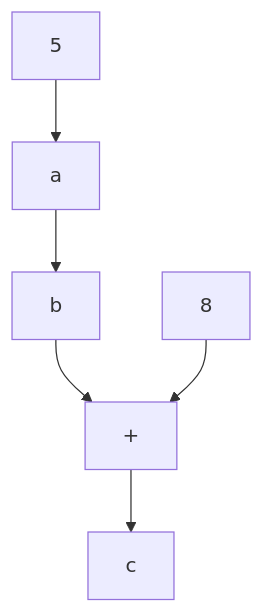
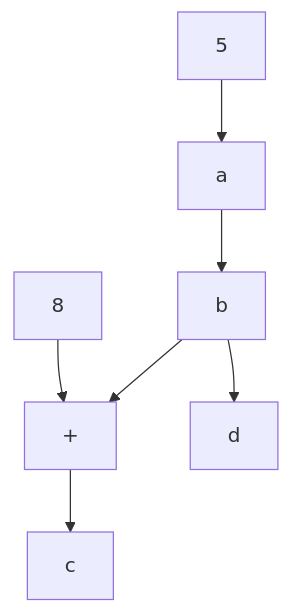
The diagram in app/src/test/resources/base/truth.md (gstiebler/codeflow), drawn with Mermaid before and after one commit. The commit also changed 4 other files, not shown here.

````diff
--- a/app/src/test/resources/base/truth.md
+++ b/app/src/test/resources/base/truth.md
@@ -1,8 +1,9 @@
 ```mermaid
 flowchart TD
     1[a] --> 3[b]
     2[5] --> 1[a]
     3[b] --> 6[+]
+    3[b] --> 7[d]
     5[8] --> 6[+]
     6[+] --> 4[c]
 ```
````
